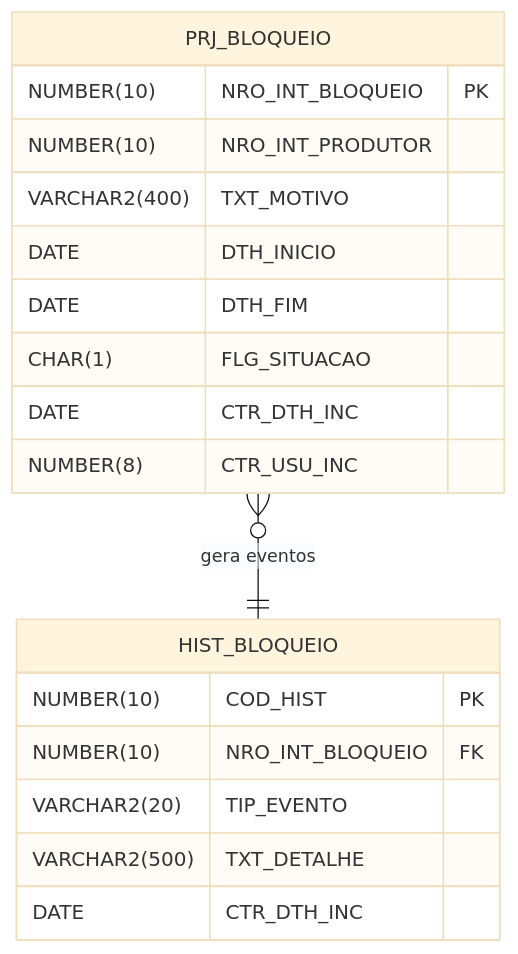
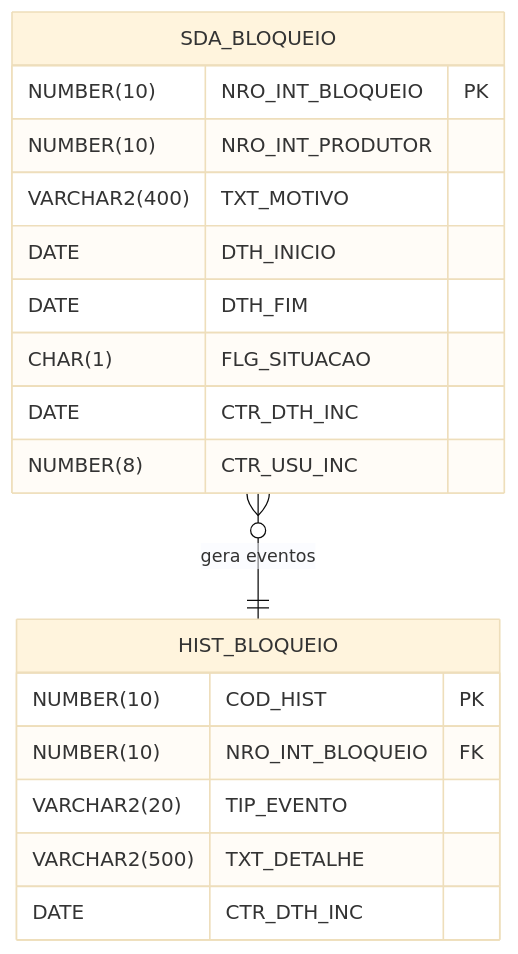
The diagram in evals/rdd-data-model/fixture-002/output-expected/specs/DATA_MODEL.md (victor-souza-dev/RDD-CORE), drawn with Mermaid (base theme) before and after one commit. The commit also changed other lines of this file and 28 other files, not shown here.

````diff
--- a/evals/rdd-data-model/fixture-002/output-expected/specs/DATA_MODEL.md
+++ b/evals/rdd-data-model/fixture-002/output-expected/specs/DATA_MODEL.md
@@ -17,23 +17,23 @@
 ```mermaid
 erDiagram
-    PRJ_BLOQUEIO {
+    SDA_BLOQUEIO {
         NUMBER(10) NRO_INT_BLOQUEIO PK
         NUMBER(10) NRO_INT_PRODUTOR
         VARCHAR2(400) TXT_MOTIVO
         DATE DTH_INICIO
         DATE DTH_FIM
         CHAR(1) FLG_SITUACAO
         DATE CTR_DTH_INC
         NUMBER(8) CTR_USU_INC
     }
 
     HIST_BLOQUEIO {
         NUMBER(10) COD_HIST PK
         NUMBER(10) NRO_INT_BLOQUEIO FK
         VARCHAR2(20) TIP_EVENTO
         VARCHAR2(500) TXT_DETALHE
         DATE CTR_DTH_INC
     }
 
-    PRJ_BLOQUEIO }o--|| HIST_BLOQUEIO : "gera eventos"
+    SDA_BLOQUEIO }o--|| HIST_BLOQUEIO : "gera eventos"
 ```
````
